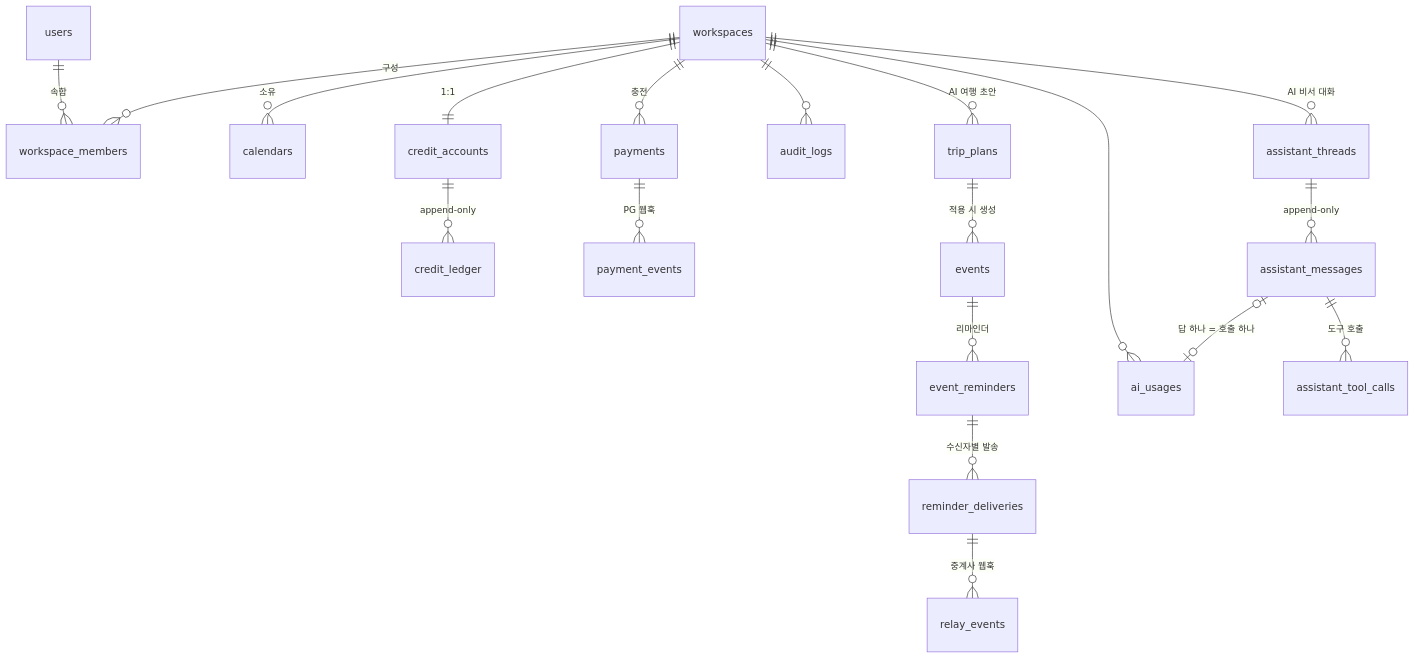
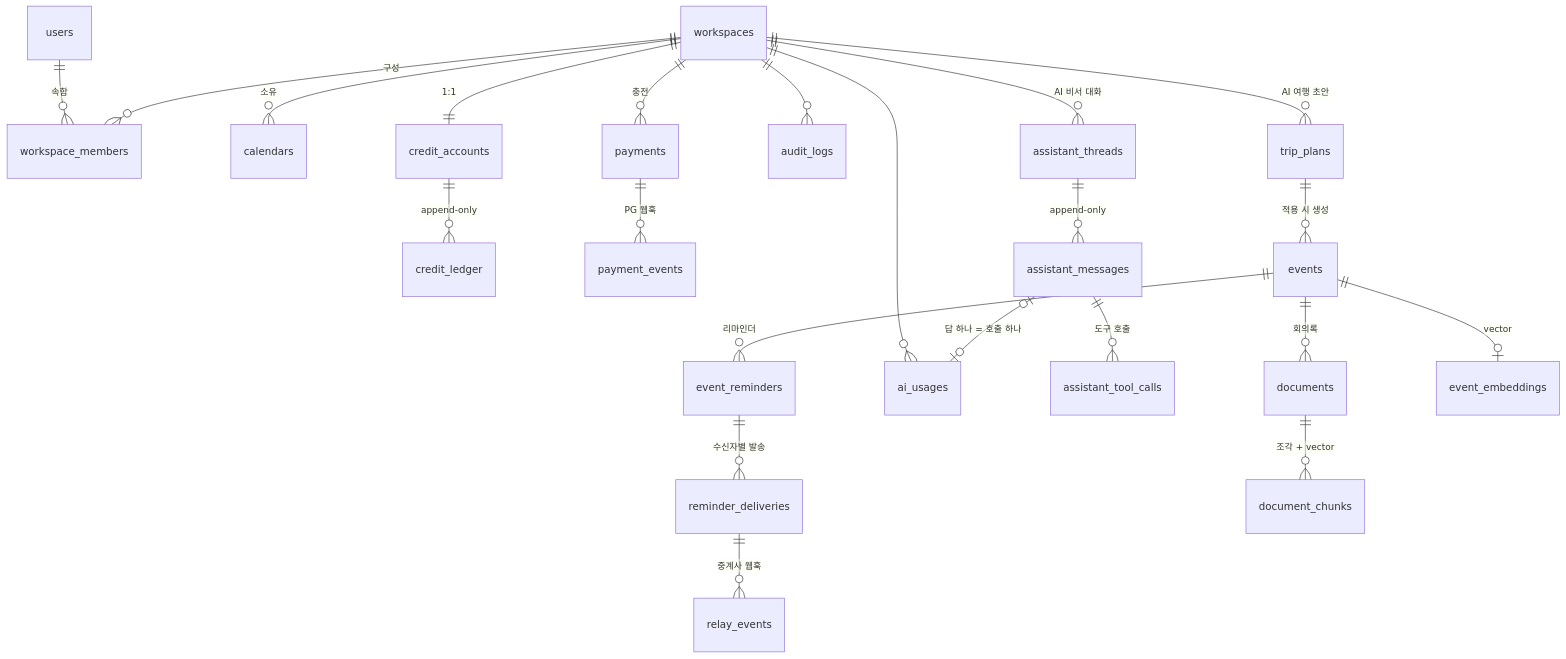
The diagram in docs/ERD.md (seommin/plandit), drawn with Mermaid before and after one commit. The commit also changed other lines of this file and 43 other files, not shown here.

````diff
--- a/docs/ERD.md
+++ b/docs/ERD.md
@@ -9,21 +9,24 @@
 ```mermaid
 erDiagram
     users ||--o{ workspace_members : "속함"
     workspaces ||--o{ workspace_members : "구성"
     workspaces ||--o{ calendars : "소유"
     workspaces ||--|| credit_accounts : "1:1"
     credit_accounts ||--o{ credit_ledger : "append-only"
     workspaces ||--o{ payments : "충전"
     payments ||--o{ payment_events : "PG 웹훅"
     events ||--o{ event_reminders : "리마인더"
     event_reminders ||--o{ reminder_deliveries : "수신자별 발송"
     reminder_deliveries ||--o{ relay_events : "중계사 웹훅"
     workspaces ||--o{ audit_logs : ""
     workspaces ||--o{ ai_usages : ""
     workspaces ||--o{ trip_plans : "AI 여행 초안"
     trip_plans ||--o{ events : "적용 시 생성"
     workspaces ||--o{ assistant_threads : "AI 비서 대화"
     assistant_threads ||--o{ assistant_messages : "append-only"
     assistant_messages ||--o{ assistant_tool_calls : "도구 호출"
     assistant_messages |o--o| ai_usages : "답 하나 = 호출 하나"
+    events ||--o{ documents : "회의록"
+    documents ||--o{ document_chunks : "조각 + vector"
+    events ||--o| event_embeddings : "vector"
 ```
````
